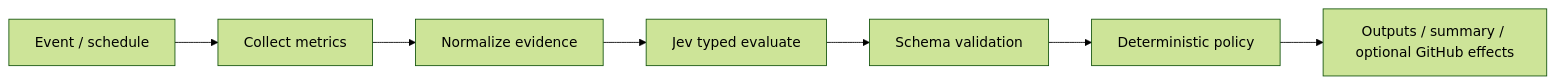
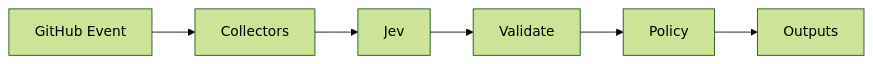
One commit to JevForge/jev-resource-rightsizer changed the diagram in README.md. Above: the diagram before and after it, drawn with Mermaid (forest theme). The commit also changed other lines of this file and 13 other files, not shown here.

````diff
--- a/README.md
+++ b/README.md
@@ -18,9 +53,8 @@
 ```mermaid
 flowchart LR
-  A[Event / schedule] --> B[Collect metrics]
-  B --> C[Normalize evidence]
-  C --> D[Jev typed evaluate]
-  D --> E[Schema validation]
-  E --> F[Deterministic policy]
-  F --> G[Outputs / summary / optional GitHub effects]
+  A[GitHub Event] --> B[Collectors]
+  B --> C[Jev]
+  C --> D[Validate]
+  D --> E[Policy]
+  E --> F[Outputs]
 ```
````
